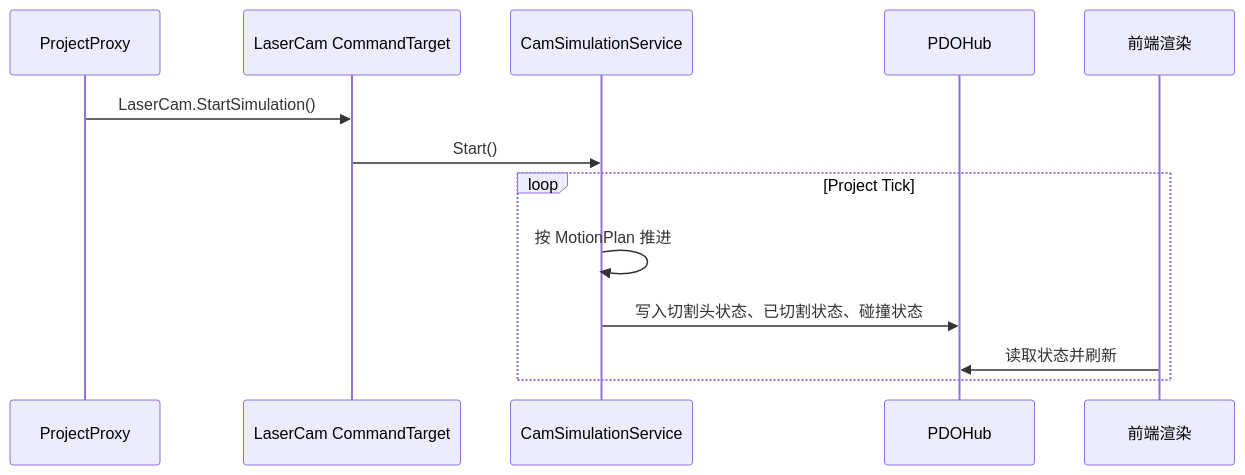
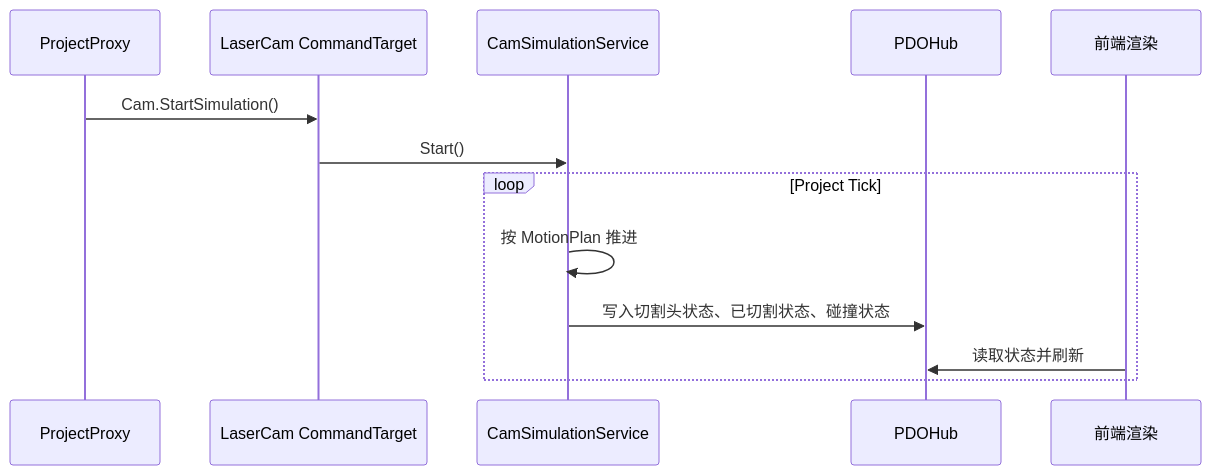
Before and after one commit to penguinchiang0609-ui/iCAX: the sixth of 6 diagrams in doc/iCAX-Engine/Products/Laser3DCAM/三维线条切割CAM产品方案文档.md, drawn with Mermaid. The commit also changed other lines of this file and 35358 other files, not shown here.

````diff
--- a/doc/iCAX-Engine/Products/Laser3DCAM/三维线条切割CAM产品方案文档.md
+++ b/doc/iCAX-Engine/Products/Laser3DCAM/三维线条切割CAM产品方案文档.md
@@ -904,16 +919,16 @@
 ```mermaid
 sequenceDiagram
     participant UI as ProjectProxy
     participant Cmd as LaserCam CommandTarget
     participant Sim as CamSimulationService
     participant PDO as PDOHub
     participant Render as 前端渲染
 
-    UI->>Cmd: LaserCam.StartSimulation()
+    UI->>Cmd: Cam.StartSimulation()
     Cmd->>Sim: Start()
     loop Project Tick
         Sim->>Sim: 按 MotionPlan 推进
         Sim->>PDO: 写入切割头状态、已切割状态、碰撞状态
         Render->>PDO: 读取状态并刷新
     end
 ```
````
